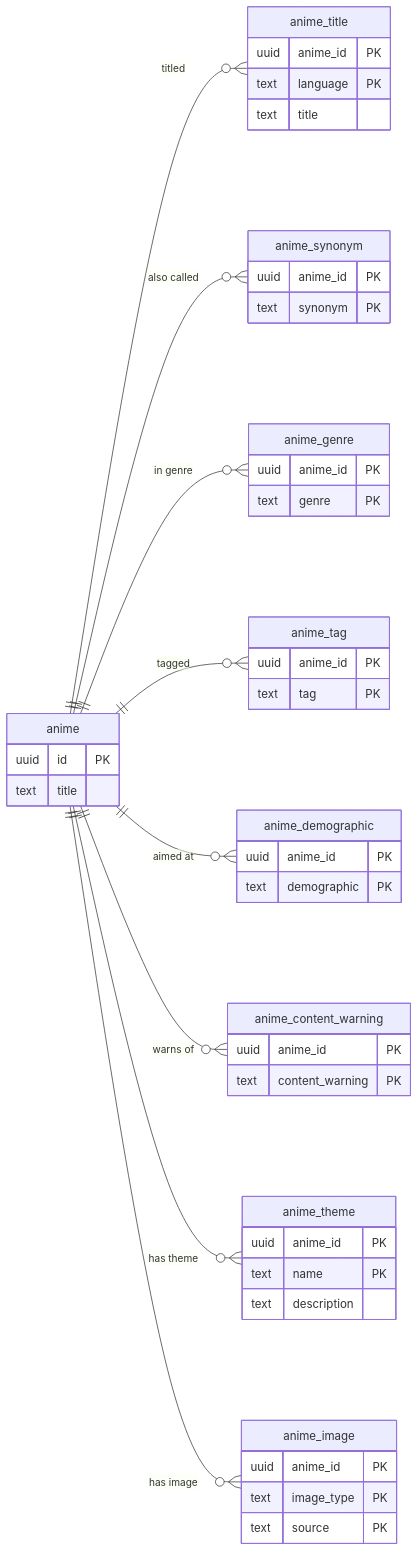
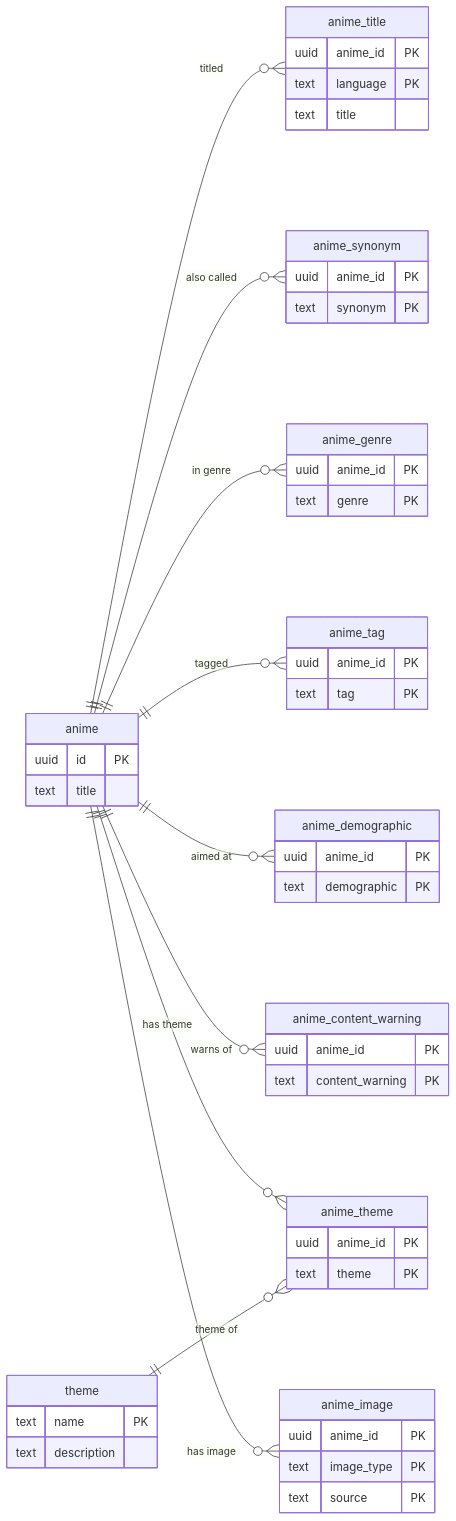
One commit to adnanaq/echora changed the second of 8 diagrams in docs/architecture/Database Schema.md. Above: the diagram before and after it, drawn with Mermaid. The commit also changed other lines of this file and 265 other files, not shown here.

````diff
--- a/docs/architecture/Database Schema.md
+++ b/docs/architecture/Database Schema.md
@@ -130,52 +137,56 @@
 ```mermaid
 erDiagram
   direction LR
   anime ||--o{ anime_title : "titled"
   anime ||--o{ anime_synonym : "also called"
   anime ||--o{ anime_genre : "in genre"
   anime ||--o{ anime_tag : "tagged"
   anime ||--o{ anime_demographic : "aimed at"
   anime ||--o{ anime_content_warning : "warns of"
   anime ||--o{ anime_theme : "has theme"
+  theme ||--o{ anime_theme : "theme of"
   anime ||--o{ anime_image : "has image"
 
   anime {
     uuid id PK
     text title
+  }
+  theme {
+    text name PK
+    text description
   }
   anime_title {
     uuid anime_id PK
     text language PK
     text title
   }
   anime_synonym {
     uuid anime_id PK
     text synonym PK
   }
   anime_genre {
     uuid anime_id PK
     text genre PK
   }
   anime_tag {
     uuid anime_id PK
     text tag PK
   }
   anime_demographic {
     uuid anime_id PK
     text demographic PK
   }
   anime_content_warning {
     uuid anime_id PK
     text content_warning PK
   }
   anime_theme {
     uuid anime_id PK
-    text name PK
-    text description
+    text theme PK
   }
   anime_image {
     uuid anime_id PK
     text image_type PK
     text source PK
   }
 ```
````
